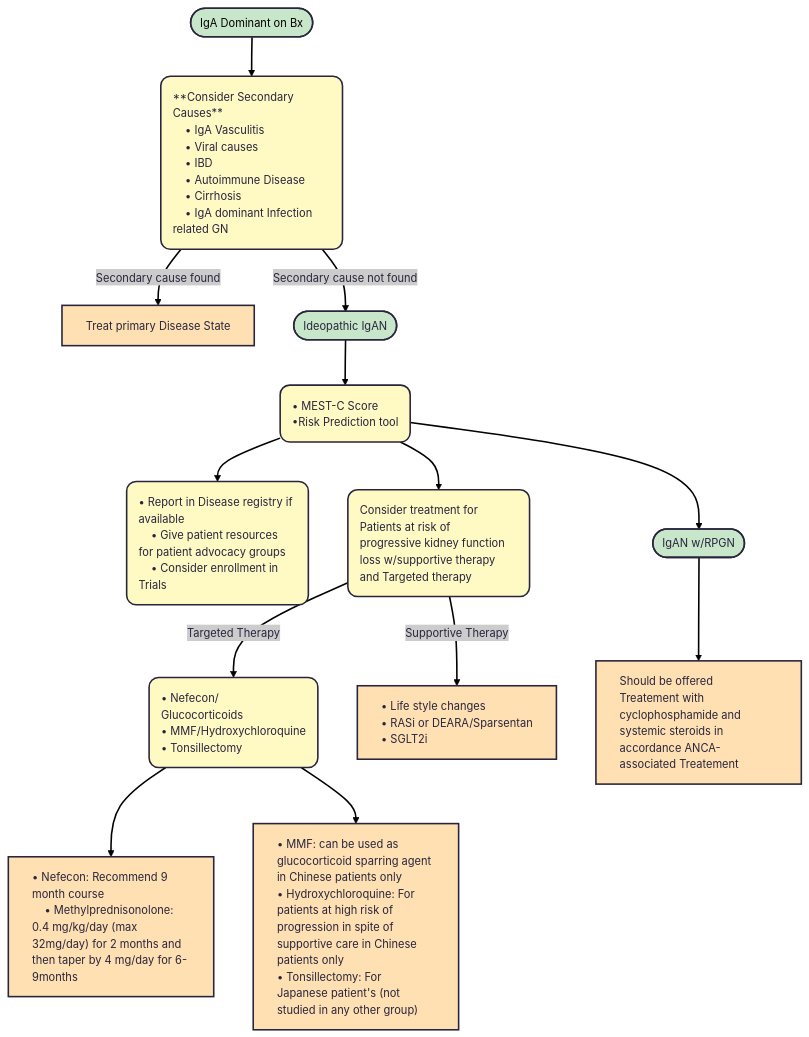
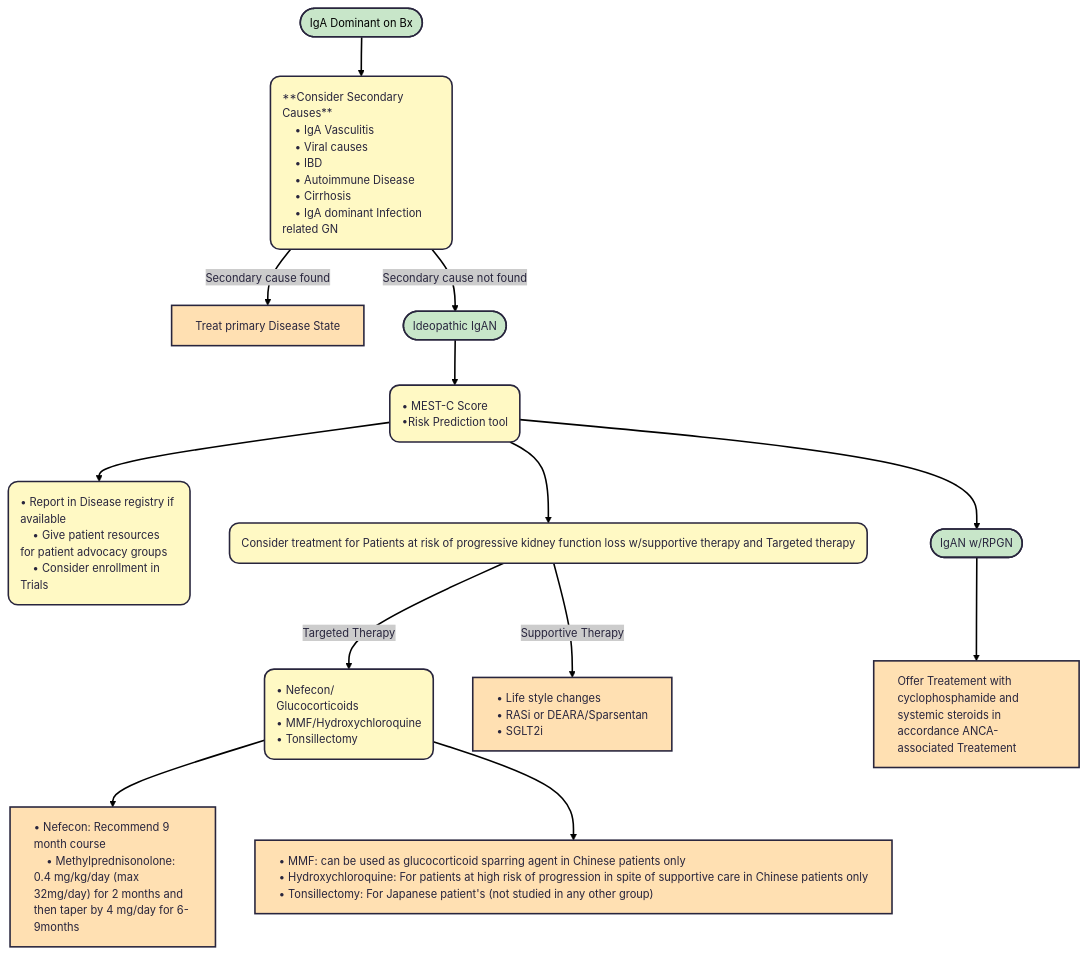
The diagram in docs/IGAN.md (TTUNEPH2025/GN), drawn with Mermaid before and after one commit.

````diff
--- a/docs/IGAN.md
+++ b/docs/IGAN.md
@@ -69,51 +69,51 @@
 ```mermaid
 ---
 config:
   theme: redux
 ---
 flowchart TD
     A(["IgA Dominant on Bx"]) --> n1["**Consider Secondary Causes**
     • IgA Vasculitis
     • Viral causes
     • IBD
     • Autoimmune Disease
     • Cirrhosis 
     • IgA dominant Infection related GN"]
     n1 -- Secondary cause found --> n2["Treat primary Disease State"]
     n1 -- Secondary cause not found --> n3(["Ideopathic IgAN"])
     n3 --> n4["• MEST-C Score
     •Risk Prediction tool"]
     n4 --> n5["• Report in Disease registry if available
     • Give patient resources for patient advocacy groups
     • Consider enrollment in Trials"] & n6["Consider treatment for Patients at risk of progressive kidney function loss w/supportive therapy and Targeted therapy"] & n9(["IgAN w/RPGN"])
     n6 -- Targeted Therapy --> n7["• Nefecon/
     Glucocorticoids
     • MMF/Hydroxychloroquine
     • Tonsillectomy"]
     n6 -- Supportive Therapy --> n8["• Life style changes
     • RASi or DEARA/Sparsentan
     • SGLT2i"]
-    n9 --> n10["Should be offered Treatement with cyclophosphamide and systemic steroids in accordance ANCA-associated Treatement"]
+    n9 --> n10["Offer Treatement with cyclophosphamide and systemic steroids in accordance ANCA-associated Treatement"]
     n7 --> n11["• Nefecon: Recommend 9 month course
     • Methylprednisonolone: 0.4 mg/kg/day (max 32mg/day) for 2 months and then taper by 4 mg/day for 6-9months"] & n12@{ label: "• MMF: can be used as glucocorticoid sparring agent in Chinese patients only\n    • Hydroxychloroquine: For patients at high risk of progression in spite of supportive care in Chinese patients only\n    • Tonsillectomy: For Japanese patient's (not studied in any other group)" }
     n1@{ shape: rounded}
     n4@{ shape: rounded}
     n5@{ shape: rounded}
     n6@{ shape: rounded}
     n7@{ shape: rounded}
     n8@{ shape: rect}
     n12@{ shape: rect}
     style A fill:#C8E6C9,color:#000000
     style n1 fill:#FFF9C4,text-align:left
     style n2 fill:#FFE0B2,text-align:left
     style n3 fill:#C8E6C9,text-align:left
     style n4 fill:#FFF9C4,text-align:left
     style n5 fill:#FFF9C4,text-align:left
-    style n6 fill:#FFF9C4,text-align:left
+    style n6 fill:#FFF9C4,text-align:left,white-space:nowrap
     style n9 fill:#C8E6C9,text-align:left
     style n7 fill:#FFF9C4,text-align:left
-    style n8 fill:#FFE0B2,text-align:left
+    style n8 fill:#FFE0B2,text-align:left,white-space:nowrap
     style n10 fill:#FFE0B2,text-align:left
     style n11 fill:#FFE0B2,text-align:left
-    style n12 fill:#FFE0B2,text-align:left
+    style n12 fill:#FFE0B2,text-align:left,white-space:nowrap
 ```
````
